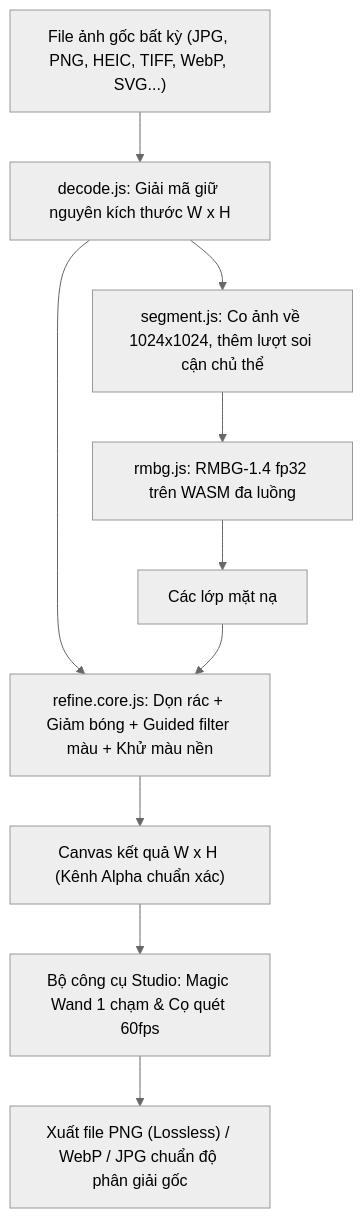
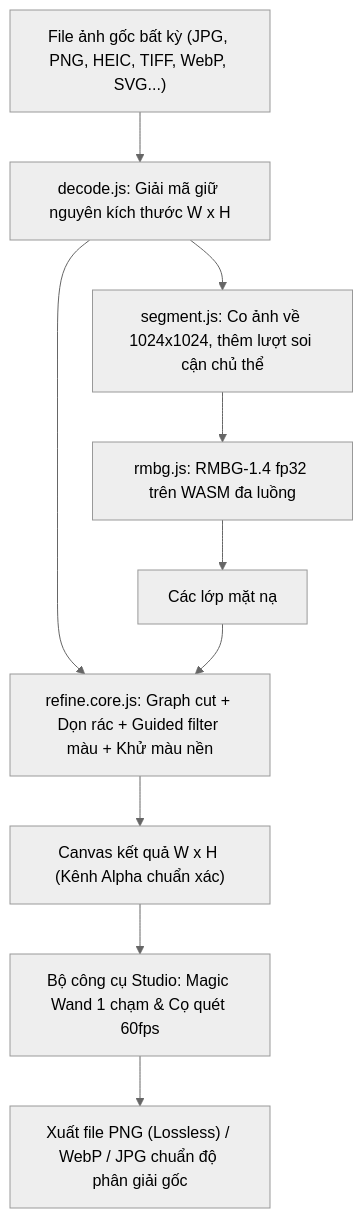
The diagram in README.md (wwm100107-creator/xoa-phong-nen), drawn with Mermaid (neutral theme) before and after one commit. The commit also changed other lines of this file and 3 other files, not shown here.

First line of the commit message:
fix: keep low-confidence subject parts with a colour graph cut

````diff
--- a/README.md
+++ b/README.md
@@ -33,12 +33,12 @@
 ```mermaid
 flowchart TD
     A["File ảnh gốc bất kỳ (JPG, PNG, HEIC, TIFF, WebP, SVG...)"] --> B["decode.js: Giải mã giữ nguyên kích thước W x H"]
     B --> C["segment.js: Co ảnh về 1024x1024, thêm lượt soi cận chủ thể"]
     C --> D["rmbg.js: RMBG-1.4 fp32 trên WASM đa luồng"]
     D --> E["Các lớp mặt nạ"]
-    B --> F["refine.core.js: Dọn rác + Giảm bóng + Guided filter màu + Khử màu nền"]
+    B --> F["refine.core.js: Graph cut + Dọn rác + Guided filter màu + Khử màu nền"]
     E --> F
     F --> G["Canvas kết quả W x H (Kênh Alpha chuẩn xác)"]
     G --> H["Bộ công cụ Studio: Magic Wand 1 chạm & Cọ quét 60fps"]
     H --> I["Xuất file PNG (Lossless) / WebP / JPG chuẩn độ phân giải gốc"]
 ```
````
